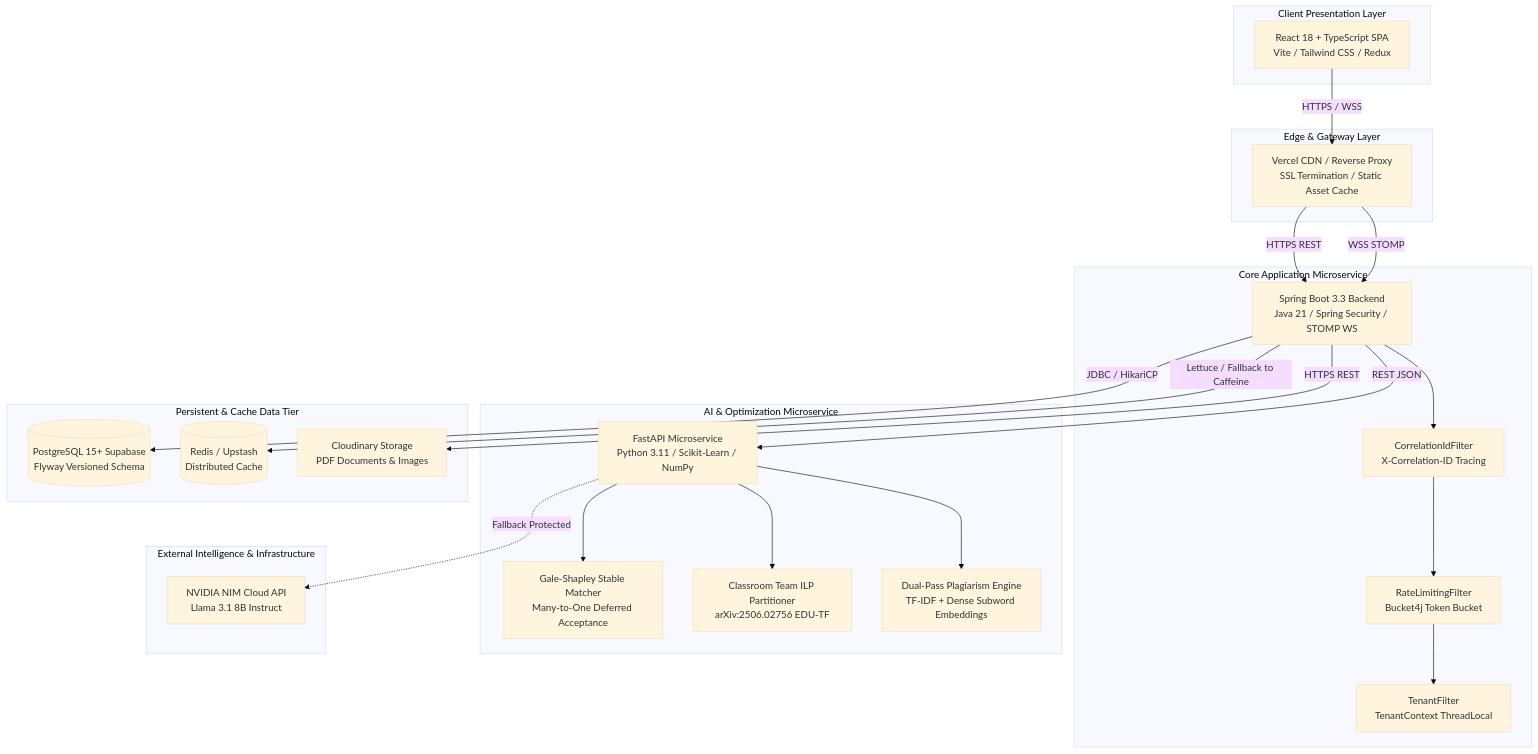
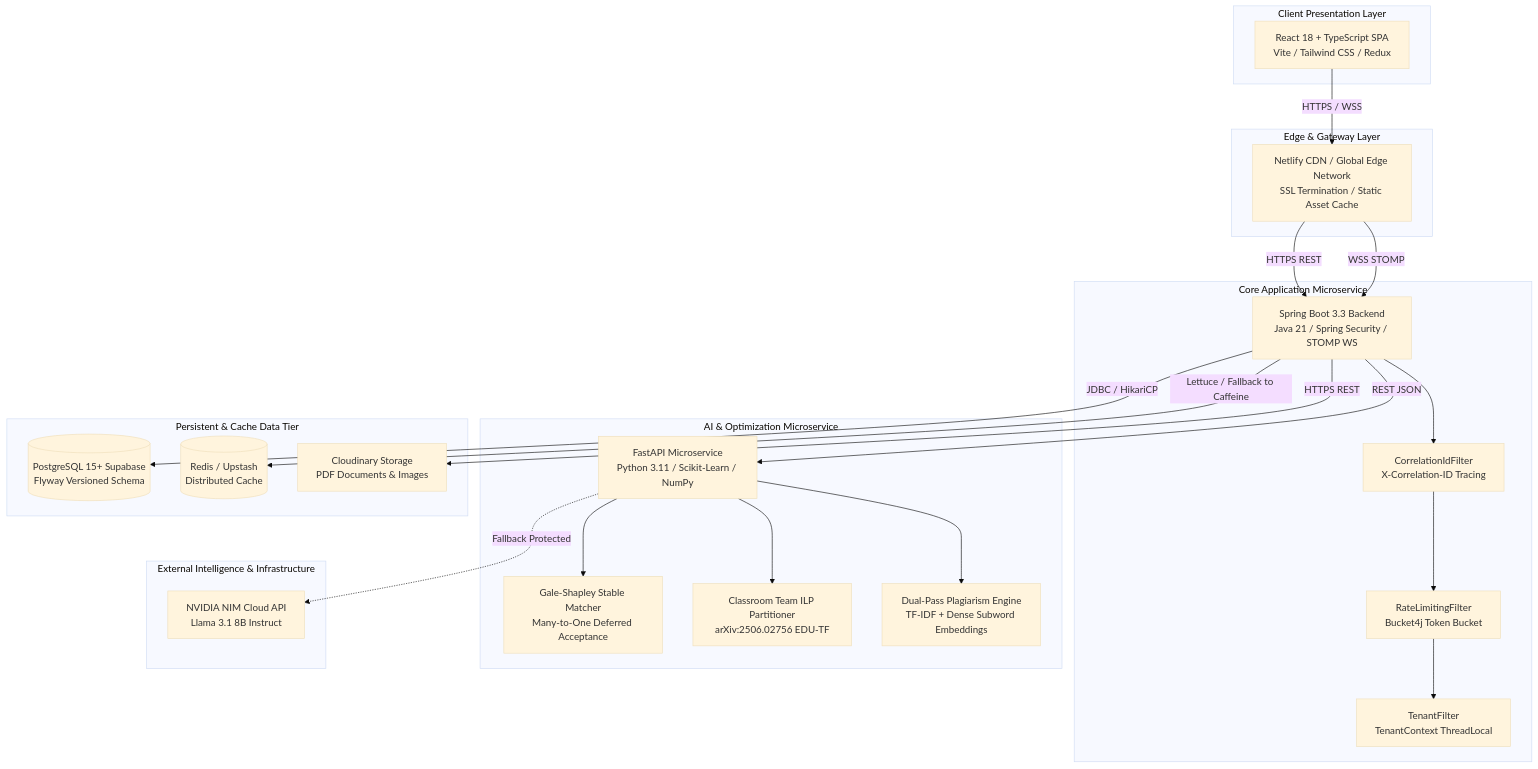
Before and after one commit to sivaprasantht-yuna/Capstone-Project: the first of 2 diagrams in docs/SYSTEM_DESIGN.md, drawn with Mermaid (base theme). The commit also changed 1 other file, not shown here.

Commit message:
Remove final Vercel references from documentation and comments

````diff
--- a/docs/SYSTEM_DESIGN.md
+++ b/docs/SYSTEM_DESIGN.md
@@ -51,49 +51,49 @@
 ```mermaid
 graph TB
     subgraph Client_Tier [Client Presentation Layer]
         WEB[React 18 + TypeScript SPA<br/>Vite / Tailwind CSS / Redux]
     end
 
     subgraph Gateway_Tier [Edge & Gateway Layer]
-        EDGE[Vercel CDN / Reverse Proxy<br/>SSL Termination / Static Asset Cache]
+        EDGE[Netlify CDN / Global Edge Network<br/>SSL Termination / Static Asset Cache]
     end
 
     subgraph App_Tier [Core Application Microservice]
         SB[Spring Boot 3.3 Backend<br/>Java 21 / Spring Security / STOMP WS]
         MDC[CorrelationIdFilter<br/>X-Correlation-ID Tracing]
         RL[RateLimitingFilter<br/>Bucket4j Token Bucket]
         TF[TenantFilter<br/>TenantContext ThreadLocal]
     end
 
     subgraph AI_Tier [AI & Optimization Microservice]
         PY[FastAPI Microservice<br/>Python 3.11 / Scikit-Learn / NumPy]
         GS[Gale-Shapley Stable Matcher<br/>Many-to-One Deferred Acceptance]
         ILP[Classroom Team ILP Partitioner<br/>arXiv:2506.02756 EDU-TF]
         NLP[Dual-Pass Plagiarism Engine<br/>TF-IDF + Dense Subword Embeddings]
     end
 
     subgraph Storage_Tier [Persistent & Cache Data Tier]
         PG[(PostgreSQL 15+ Supabase<br/>Flyway Versioned Schema)]
         REDIS[(Redis / Upstash<br/>Distributed Cache)]
         CLD[Cloudinary Storage<br/>PDF Documents & Images]
     end
 
     subgraph External_Tier [External Intelligence & Infrastructure]
         NIM[NVIDIA NIM Cloud API<br/>Llama 3.1 8B Instruct]
     end
 
     WEB -->|HTTPS / WSS| EDGE
     EDGE -->|HTTPS REST| SB
     EDGE -->|WSS STOMP| SB
     
     SB --> MDC --> RL --> TF
     SB -->|REST JSON| PY
     PY --> GS
     PY --> ILP
     PY --> NLP
     PY -.->|Fallback Protected| NIM
 
     SB -->|JDBC / HikariCP| PG
     SB -->|Lettuce / Fallback to Caffeine| REDIS
     SB -->|HTTPS REST| CLD
 ```
````
